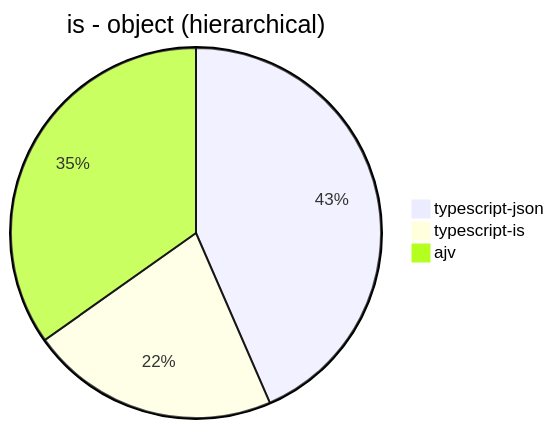
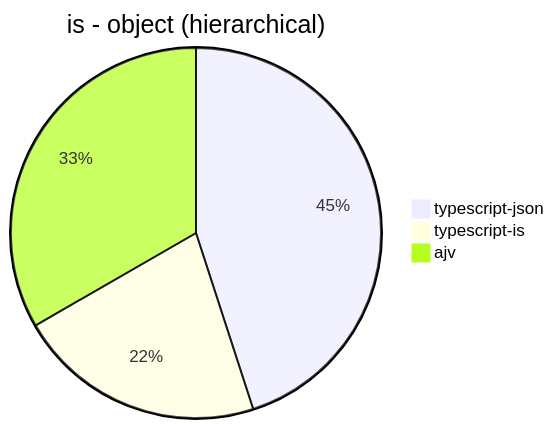
One commit to samchon/typia changed the seventh of 30 diagrams in benchmark/results/AMD Ryzen 7 5800H with Radeon Graphics         .md. Above: the diagram before and after it, drawn with Mermaid. The commit also changed other lines of this file, not shown here.

````diff
--- a/benchmark/results/AMD Ryzen 7 5800H with Radeon Graphics         .md
+++ b/benchmark/results/AMD Ryzen 7 5800H with Radeon Graphics         .md
@@ -76,6 +76,6 @@
 ```mermaid
 pie title is - object (hierarchical)
-  "typescript-json": 103209.95912300261
-  "typescript-is": 51586.55089599113
-  "ajv": 82642.83121597096
+  "typescript-json": 97598.76206080466
+  "typescript-is": 47036.55446977923
+  "ajv": 72243.95236323038
 ```
````
